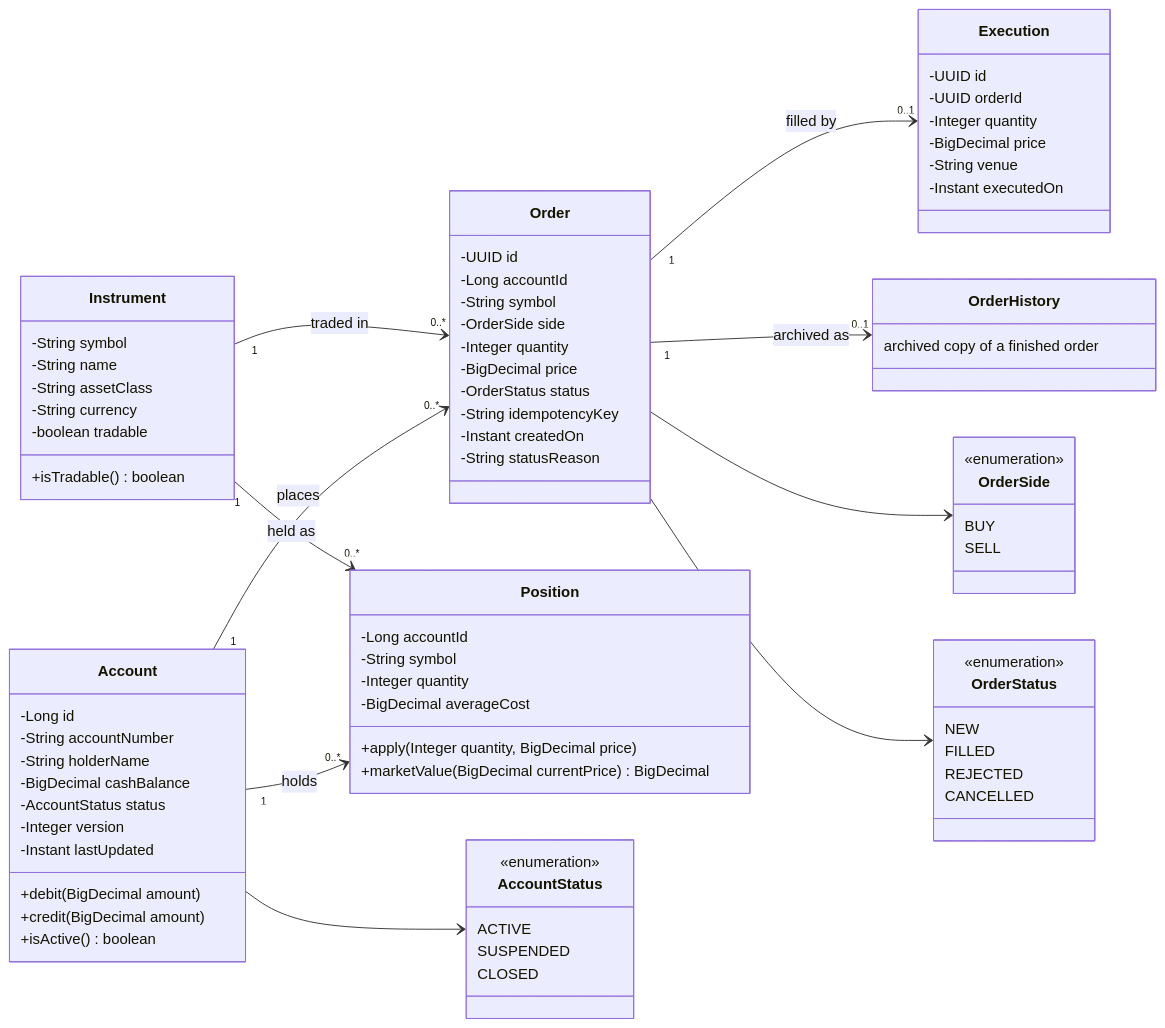
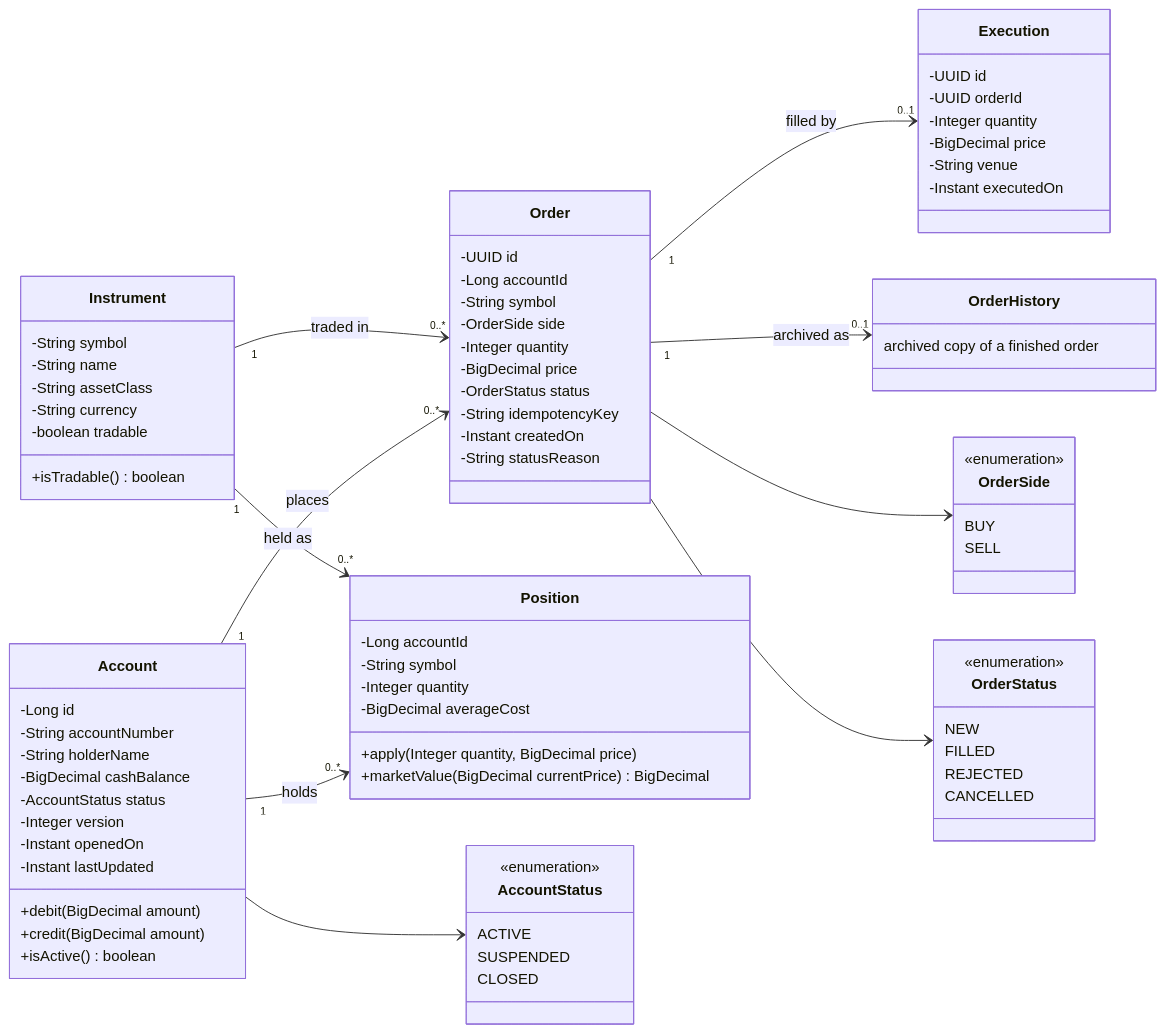
The first of 2 diagrams in docs/diagrams/CLASS-DIAGRAM.md (NathanCarr10/TNS-Capital), drawn with Mermaid before and after one commit. The commit also changed 3 other files, not shown here.

```diff
--- a/docs/diagrams/CLASS-DIAGRAM.md
+++ b/docs/diagrams/CLASS-DIAGRAM.md
@@ -20,6 +20,7 @@
         -BigDecimal cashBalance
         -AccountStatus status
         -Integer version
+        -Instant openedOn
         -Instant lastUpdated
         +debit(BigDecimal amount)
         +credit(BigDecimal amount)
```
